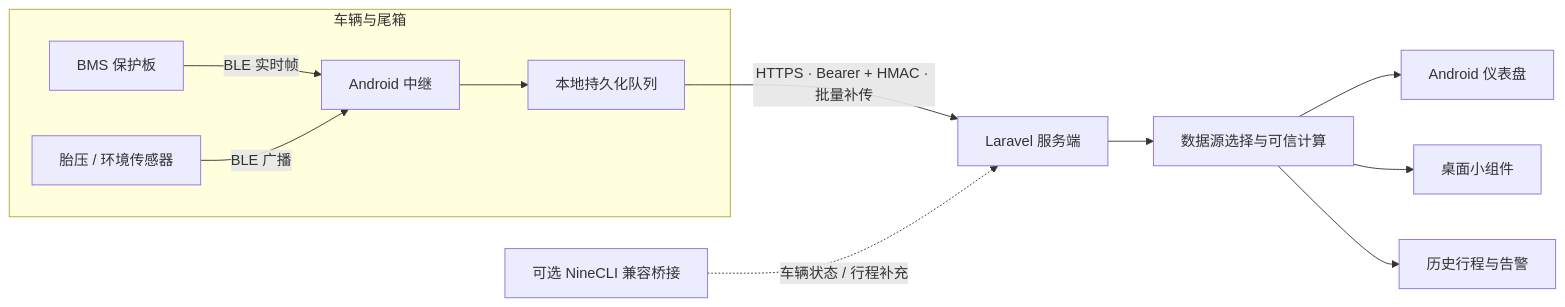
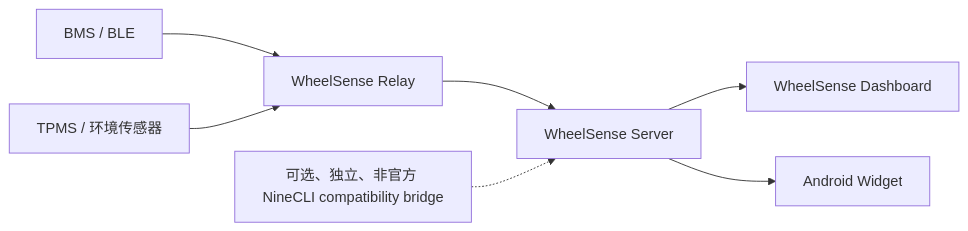
The diagram in README.md (lovemygoddess/wheelsense), drawn with Mermaid before and after one commit. The commit also changed other lines of this file and 8 other files, not shown here.

First line of the commit message:
docs: refresh WheelSense README and project showcase

````diff
--- a/README.md
+++ b/README.md
@@ -116,15 +132,9 @@
-```mermaid
+~~~mermaid
 flowchart LR
-  subgraph Vehicle["车辆与尾箱"]
-    BMS["BMS 保护板"] -->|BLE 实时帧| R["Android 中继"]
-    TPMS["胎压 / 环境传感器"] -->|BLE 广播| R
-    R --> Q["本地持久化队列"]
-  end
-
-  Q -->|HTTPS · Bearer + HMAC · 批量补传| S["Laravel 服务端"]
-  N["可选 NineCLI 兼容桥接"] -.->|车辆状态 / 行程补充| S
-  S --> C["数据源选择与可信计算"]
-  C --> D["Android 仪表盘"]
-  C --> W["桌面小组件"]
-  C --> H["历史行程与告警"]
-```
+  BMS["BMS / BLE"] --> RELAY["WheelSense Relay"]
+  SENSOR["TPMS / 环境传感器"] --> RELAY
+  RELAY --> SERVER["WheelSense Server"]
+  SERVER --> DASH["WheelSense Dashboard"]
+  SERVER --> WIDGET["Android Widget"]
+  BRIDGE["可选、独立、非官方 NineCLI compatibility bridge"] -.-> SERVER
+~~~
````
